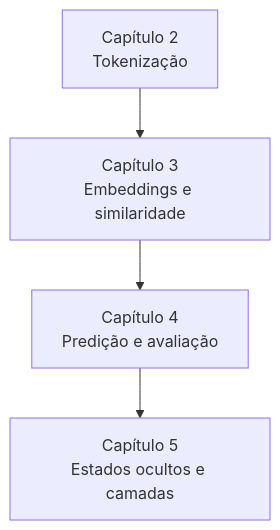
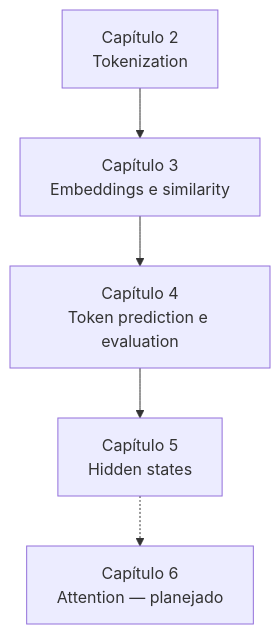
The diagram in README.md (lucasarauj0h/50-ML-projects-to-understand-LLMs), drawn with Mermaid before and after one commit. The commit also changed other lines of this file and 10 other files, not shown here.

````diff
--- a/README.md
+++ b/README.md
@@ -15,12 +16,14 @@
 ```mermaid
 flowchart TD
     accTitle: Trilha de estudos de ML para entender LLMs
-    accDescr: Sequência dos capítulos presentes no repositório, da tokenização à análise das representações internas.
+    accDescr: Trilha dos capítulos 2 a 5, com o capítulo 6 previsto como próxima etapa de estudo.
 
-    C2["Capítulo 2<br/>Tokenização"]
-    C3["Capítulo 3<br/>Embeddings e similaridade"]
-    C4["Capítulo 4<br/>Predição e avaliação"]
-    C5["Capítulo 5<br/>Estados ocultos e camadas"]
+    C2["Capítulo 2<br/>Tokenization"]
+    C3["Capítulo 3<br/>Embeddings e similarity"]
+    C4["Capítulo 4<br/>Token prediction e evaluation"]
+    C5["Capítulo 5<br/>Hidden states"]
+    C6["Capítulo 6<br/>Attention — planejado"]
 
     C2 --> C3 --> C4 --> C5
+    C5 -.-> C6
 ```
````
